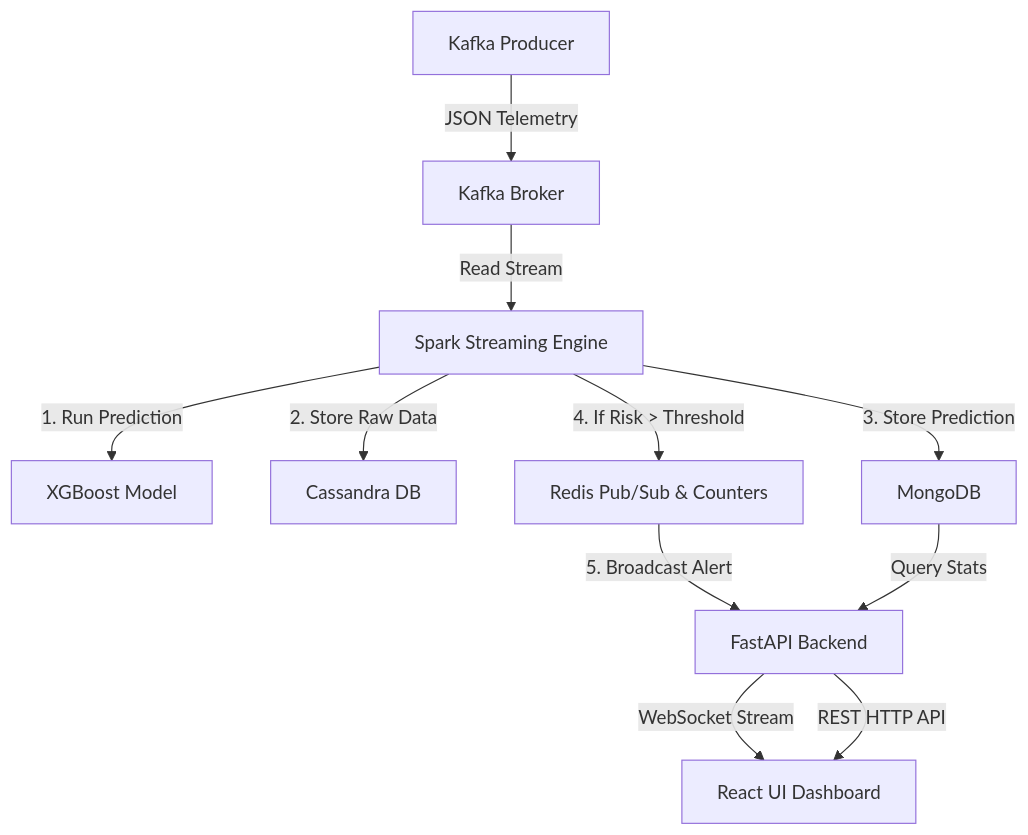
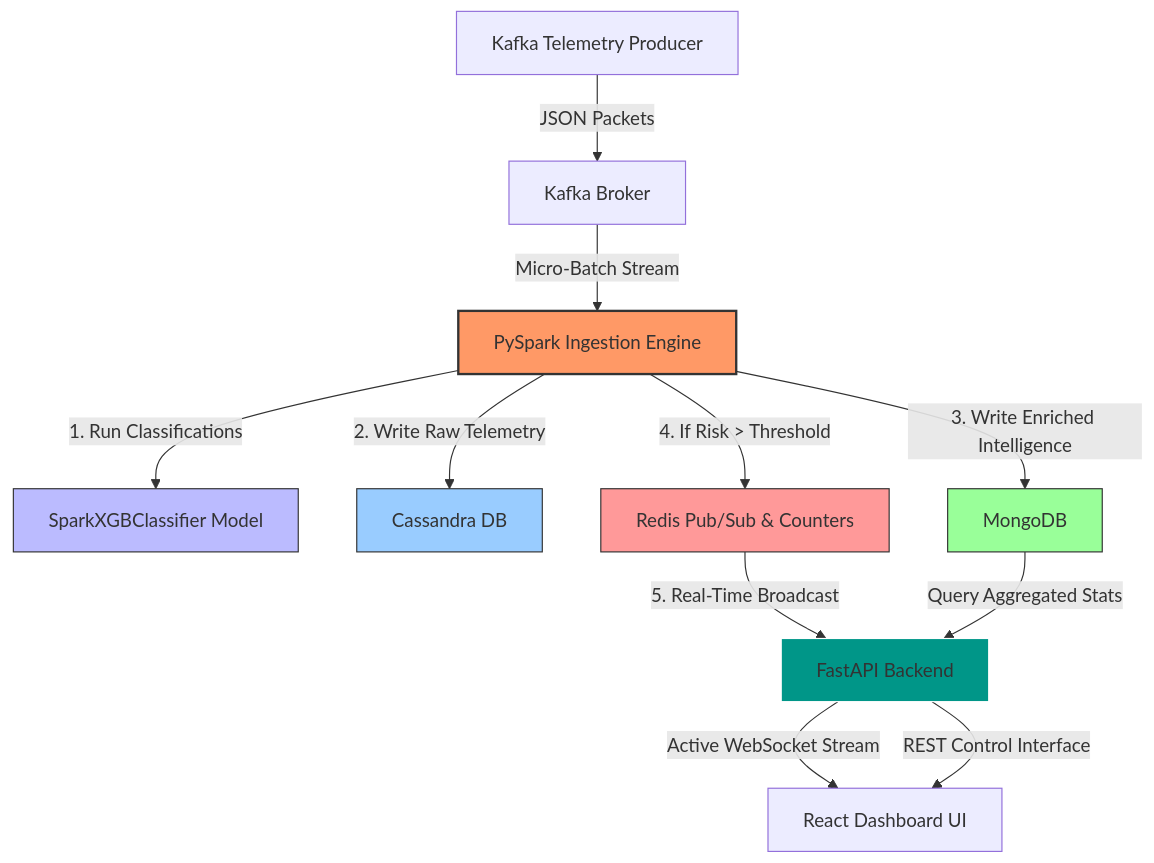
Before and after one commit to helqadiri03/Cyber-Threat-Intelligence-Platform: the diagram in README.md, drawn with Mermaid. The commit also changed other lines of this file, not shown here.

````diff
--- a/README.md
+++ b/README.md
@@ -19,13 +20,20 @@
 ```mermaid
 graph TD
-    KP[Kafka Producer] -->|JSON Telemetry| K[Kafka Broker]
-    K -->|Read Stream| SS[Spark Streaming Engine]
-    SS -->|1. Run Prediction| XGB[XGBoost Model]
-    SS -->|2. Store Raw Data| C[Cassandra DB]
-    SS -->|3. Store Prediction| M[MongoDB]
+    KP[Kafka Telemetry Producer] -->|JSON Packets| K[Kafka Broker]
+    K -->|Micro-Batch Stream| SS[PySpark Ingestion Engine]
+    SS -->|1. Run Classifications| XGB[SparkXGBClassifier Model]
+    SS -->|2. Write Raw Telemetry| C[Cassandra DB]
+    SS -->|3. Write Enriched Intelligence| M[MongoDB]
     SS -->|4. If Risk > Threshold| R[Redis Pub/Sub & Counters]
-    R -->|5. Broadcast Alert| B[FastAPI Backend]
-    M -->|Query Stats| B
-    B -->|WebSocket Stream| F[React UI Dashboard]
-    B -->|REST HTTP API| F
+    R -->|5. Real-Time Broadcast| B[FastAPI Backend]
+    M -->|Query Aggregated Stats| B
+    B -->|Active WebSocket Stream| F[React Dashboard UI]
+    B -->|REST Control Interface| F
+    
+    style SS fill:#f96,stroke:#333,stroke-width:2px
+    style XGB fill:#bbf,stroke:#333,stroke-width:1px
+    style C fill:#9cf,stroke:#333,stroke-width:1px
+    style M fill:#9f9,stroke:#333,stroke-width:1px
+    style R fill:#f99,stroke:#333,stroke-width:1px
+    style B fill:#009688,stroke:#fff,stroke-width:1px
 ```
````
